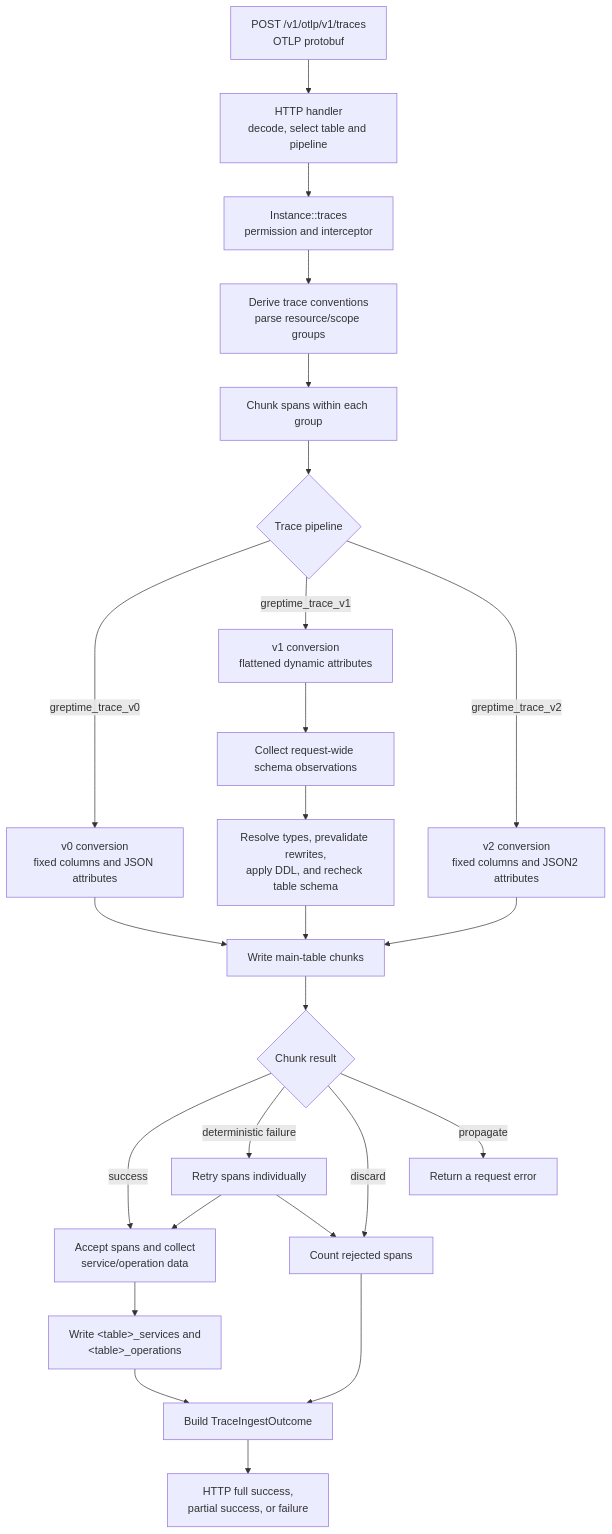
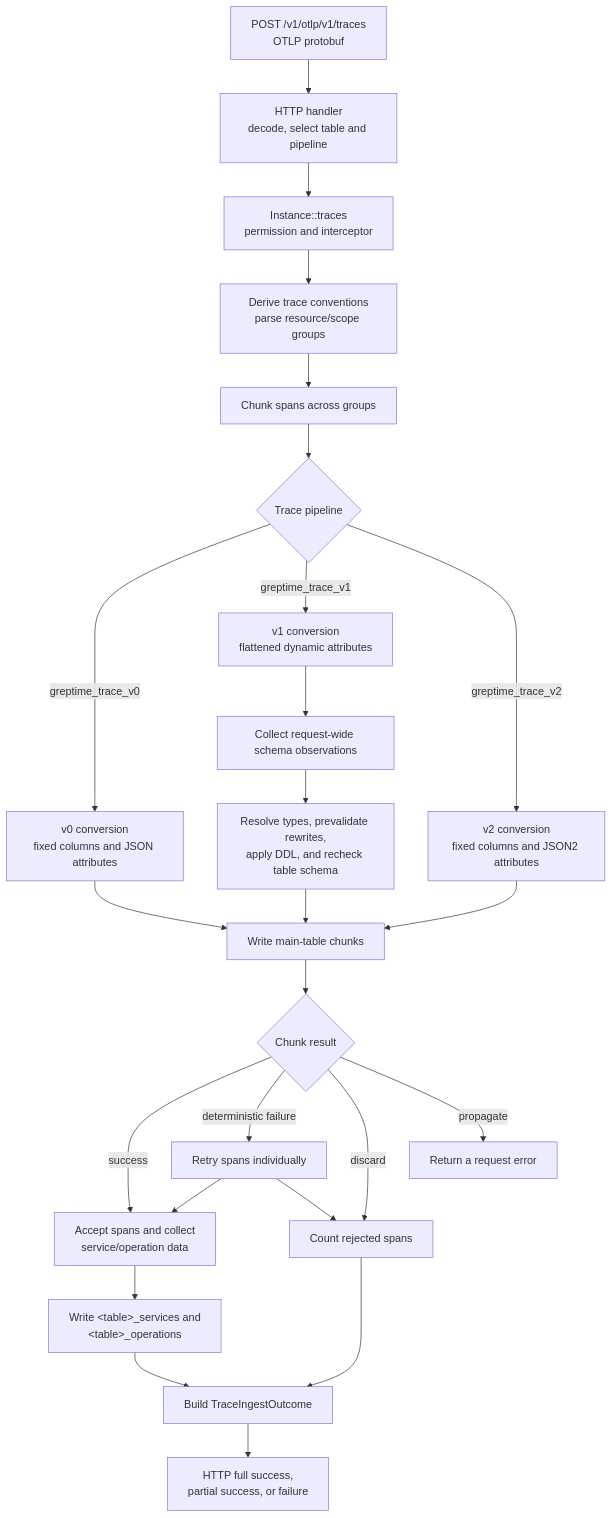
Before and after one commit to GreptimeTeam/greptimedb: the diagram in src/frontend/src/instance/otlp/README.md, drawn with Mermaid. The commit also changed other lines of this file, not shown here.

Commit message:
docs(otlp): describe cross-group trace chunking

````diff
--- a/src/frontend/src/instance/otlp/README.md
+++ b/src/frontend/src/instance/otlp/README.md
@@ -17,30 +17,30 @@
 ```mermaid
 flowchart TD
     A["POST /v1/otlp/v1/traces<br/>OTLP protobuf"] --> B["HTTP handler<br/>decode, select table and pipeline"]
     B --> C["Instance::traces<br/>permission and interceptor"]
     C --> D["Derive trace conventions<br/>parse resource/scope groups"]
-    D --> E["Chunk spans within each group"]
+    D --> E["Chunk spans across groups"]
     E --> F{"Trace pipeline"}
 
     F -->|greptime_trace_v0| G["v0 conversion<br/>fixed columns and JSON attributes"]
     F -->|greptime_trace_v1| H["v1 conversion<br/>flattened dynamic attributes"]
     F -->|greptime_trace_v2| T["v2 conversion<br/>fixed columns and JSON2 attributes"]
     H --> I["Collect request-wide schema observations"]
     I --> J["Resolve types, prevalidate rewrites,<br/>apply DDL, and recheck table schema"]
 
     G --> K["Write main-table chunks"]
     T --> K
     J --> K
     K --> L{"Chunk result"}
     L -->|success| M["Accept spans and collect<br/>service/operation data"]
     L -->|deterministic failure| N["Retry spans individually"]
     L -->|discard| O["Count rejected spans"]
     L -->|propagate| P["Return a request error"]
     N --> M
     N --> O
 
     M --> Q["Write &lt;table&gt;_services and<br/>&lt;table&gt;_operations"]
     O --> R["Build TraceIngestOutcome"]
     Q --> R
     R --> S["HTTP full success,<br/>partial success, or failure"]
 ```
````
